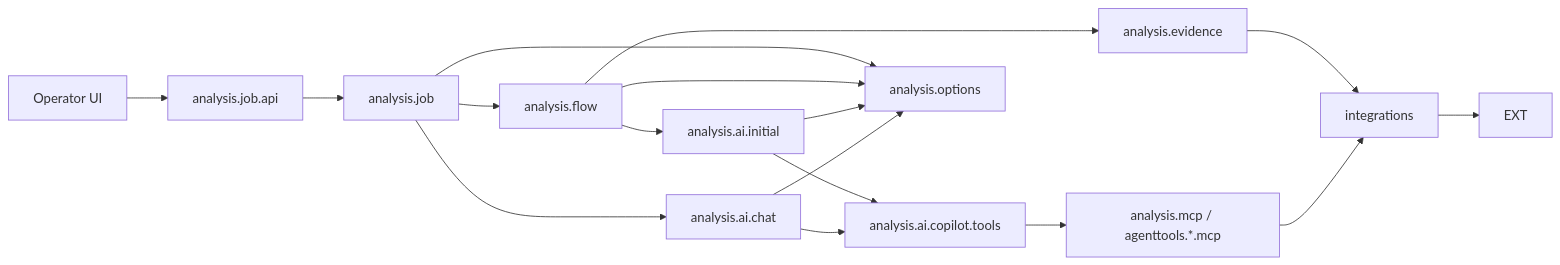
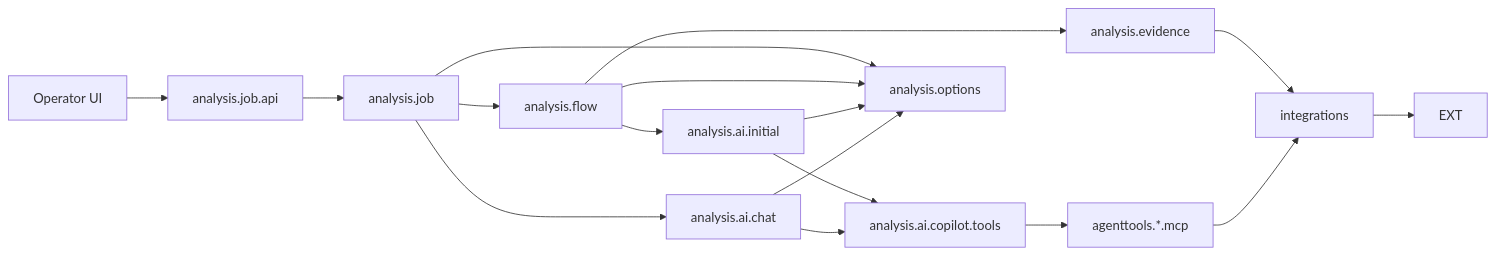
One commit to herald-assistant/incident-tracker changed the first of 2 diagrams in docs/architecture/05-package-dependencies.md. Above: the diagram before and after it, drawn with Mermaid. The commit also changed other lines of this file and 18 other files, not shown here.

Commit message:
Move Database MCP tools to agenttools

````diff
--- a/docs/architecture/05-package-dependencies.md
+++ b/docs/architecture/05-package-dependencies.md
@@ -87,23 +87,23 @@
 ```mermaid
 flowchart LR
     OP["Operator UI"] --> JOBAPI["analysis.job.api"]
     JOBAPI --> JOB["analysis.job"]
     JOB --> FLOW["analysis.flow"]
 
     FLOW --> EVIDENCE["analysis.evidence"]
     EVIDENCE --> INTEGRATIONS["integrations"]
     INTEGRATIONS --> EXT
 
     FLOW --> INITIAL["analysis.ai.initial"]
     INITIAL --> TOOLS["analysis.ai.copilot.tools"]
-    TOOLS --> MCP["analysis.mcp / agenttools.*.mcp"]
+    TOOLS --> MCP["agenttools.*.mcp"]
     MCP --> INTEGRATIONS
 
     JOB --> CHAT
     CHAT["analysis.ai.chat"] --> TOOLS
 
     JOB --> OPTIONS["analysis.options"]
     FLOW --> OPTIONS
     INITIAL --> OPTIONS
     CHAT --> OPTIONS
 ```
````
